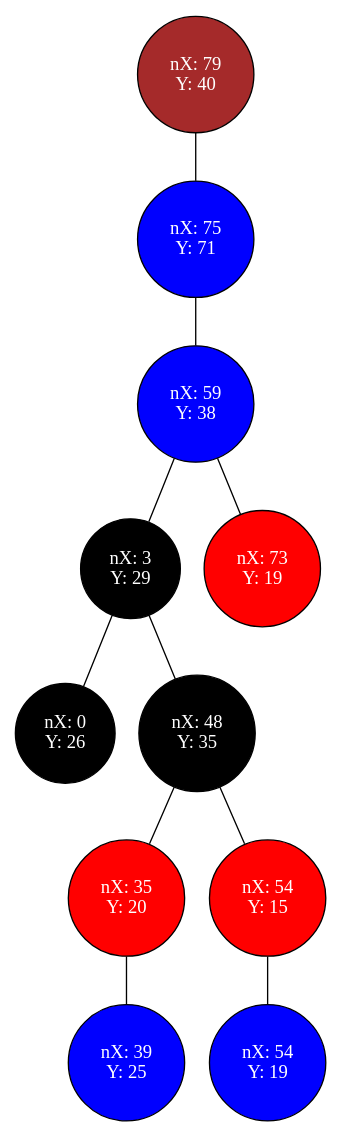
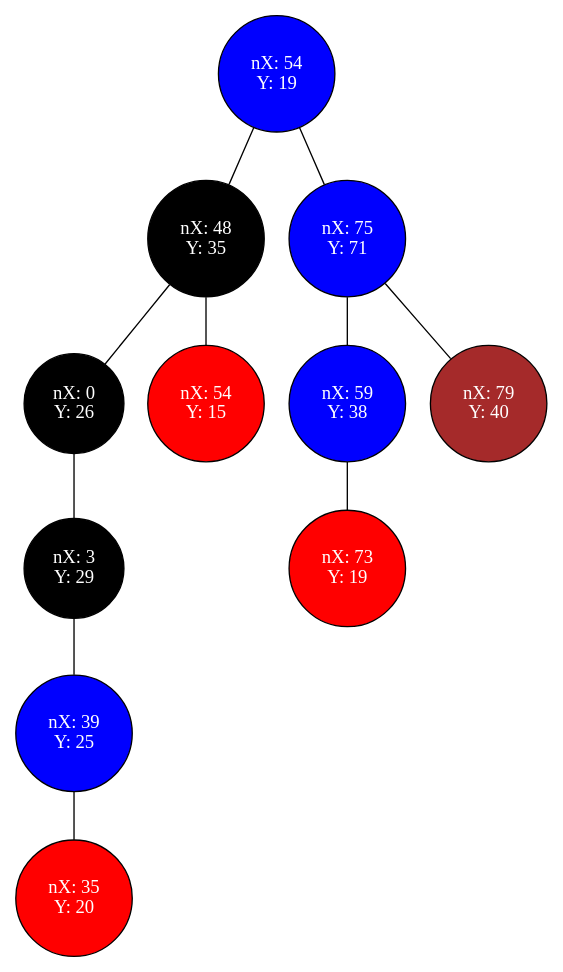
One commit to oPedroGoes/pedroga-desenvolvimento changed the diagram in saidas/00-vaso-simples-clone.dot. Above: the diagram before and after it, drawn with Graphviz. The commit also changed 50 other files, not shown here.

```diff
--- a/saidas/00-vaso-simples-clone.dot
+++ b/saidas/00-vaso-simples-clone.dot
@@ -1,25 +1,25 @@
 graph G {
 	rankdir=TB;
 	node [shape=circle];
-	"0x647500dc5930" [label="nX: 79\nY: 40", color=black, fontcolor=white, style=filled, fillcolor=brown];
-	"0x647500dc5930" -- "0x647500dc5600";
-	"0x647500dc5600" [label="nX: 75\nY: 71", color=black, fontcolor=white, style=filled, fillcolor=blue];
-	"0x647500dc5600" -- "0x647500dc5510";
-	"0x647500dc5510" [label="nX: 59\nY: 38", color=black, fontcolor=white, style=filled, fillcolor=blue];
-	"0x647500dc5510" -- "0x647500dc4df0";
-	"0x647500dc4df0" [label="nX: 3\nY: 29", color=black, fontcolor=white, style=filled, fillcolor=black];
-	"0x647500dc4df0" -- "0x647500dc4f10";
-	"0x647500dc4f10" [label="nX: 0\nY: 26", color=black, fontcolor=white, style=filled, fillcolor=black];
-	"0x647500dc4df0" -- "0x647500dc4cd0";
-	"0x647500dc4cd0" [label="nX: 48\nY: 35", color=black, fontcolor=white, style=filled, fillcolor=black];
-	"0x647500dc4cd0" -- "0x647500dc5020";
-	"0x647500dc5020" [label="nX: 35\nY: 20", color=black, fontcolor=white, style=filled, fillcolor=Red];
-	"0x647500dc5020" -- "0x647500dc5330";
-	"0x647500dc5330" [label="nX: 39\nY: 25", color=black, fontcolor=white, style=filled, fillcolor=blue];
-	"0x647500dc4cd0" -- "0x647500dc5130";
-	"0x647500dc5130" [label="nX: 54\nY: 15", color=black, fontcolor=white, style=filled, fillcolor=Red];
-	"0x647500dc5130" -- "0x647500dc5420";
-	"0x647500dc5420" [label="nX: 54\nY: 19", color=black, fontcolor=white, style=filled, fillcolor=blue];
-	"0x647500dc5510" -- "0x647500dc5240";
-	"0x647500dc5240" [label="nX: 73\nY: 19", color=black, fontcolor=white, style=filled, fillcolor=Red];
+	"0x55dcf5c7a420" [label="nX: 54\nY: 19", color=black, fontcolor=white, style=filled, fillcolor=blue];
+	"0x55dcf5c7a420" -- "0x55dcf5c79cd0";
+	"0x55dcf5c79cd0" [label="nX: 48\nY: 35", color=black, fontcolor=white, style=filled, fillcolor=black];
+	"0x55dcf5c79cd0" -- "0x55dcf5c79f10";
+	"0x55dcf5c79f10" [label="nX: 0\nY: 26", color=black, fontcolor=white, style=filled, fillcolor=black];
+	"0x55dcf5c79f10" -- "0x55dcf5c79df0";
+	"0x55dcf5c79df0" [label="nX: 3\nY: 29", color=black, fontcolor=white, style=filled, fillcolor=black];
+	"0x55dcf5c79df0" -- "0x55dcf5c7a330";
+	"0x55dcf5c7a330" [label="nX: 39\nY: 25", color=black, fontcolor=white, style=filled, fillcolor=blue];
+	"0x55dcf5c7a330" -- "0x55dcf5c7a020";
+	"0x55dcf5c7a020" [label="nX: 35\nY: 20", color=black, fontcolor=white, style=filled, fillcolor=Red];
+	"0x55dcf5c79cd0" -- "0x55dcf5c7a130";
+	"0x55dcf5c7a130" [label="nX: 54\nY: 15", color=black, fontcolor=white, style=filled, fillcolor=Red];
+	"0x55dcf5c7a420" -- "0x55dcf5c7a600";
+	"0x55dcf5c7a600" [label="nX: 75\nY: 71", color=black, fontcolor=white, style=filled, fillcolor=blue];
+	"0x55dcf5c7a600" -- "0x55dcf5c7a510";
+	"0x55dcf5c7a510" [label="nX: 59\nY: 38", color=black, fontcolor=white, style=filled, fillcolor=blue];
+	"0x55dcf5c7a510" -- "0x55dcf5c7a240";
+	"0x55dcf5c7a240" [label="nX: 73\nY: 19", color=black, fontcolor=white, style=filled, fillcolor=Red];
+	"0x55dcf5c7a600" -- "0x55dcf5c7a930";
+	"0x55dcf5c7a930" [label="nX: 79\nY: 40", color=black, fontcolor=white, style=filled, fillcolor=brown];
 }
```
